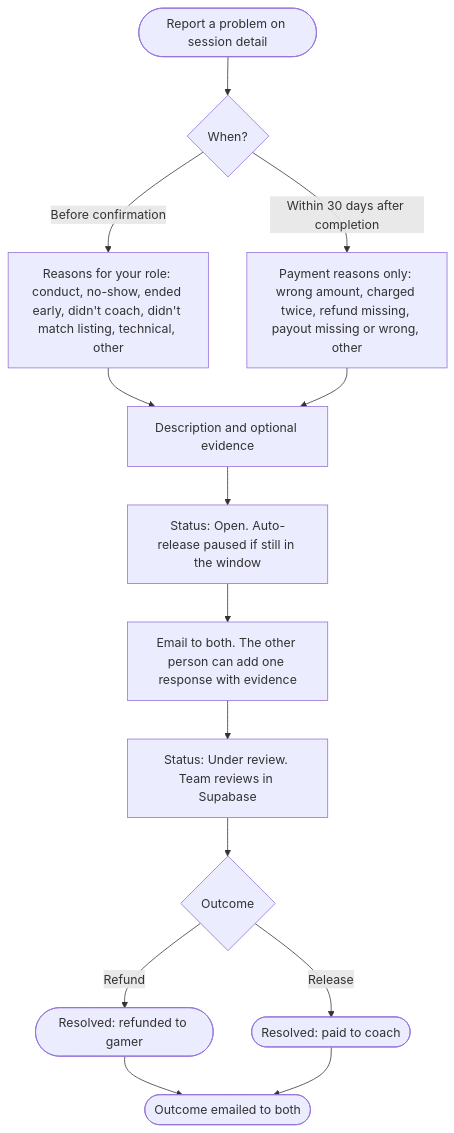
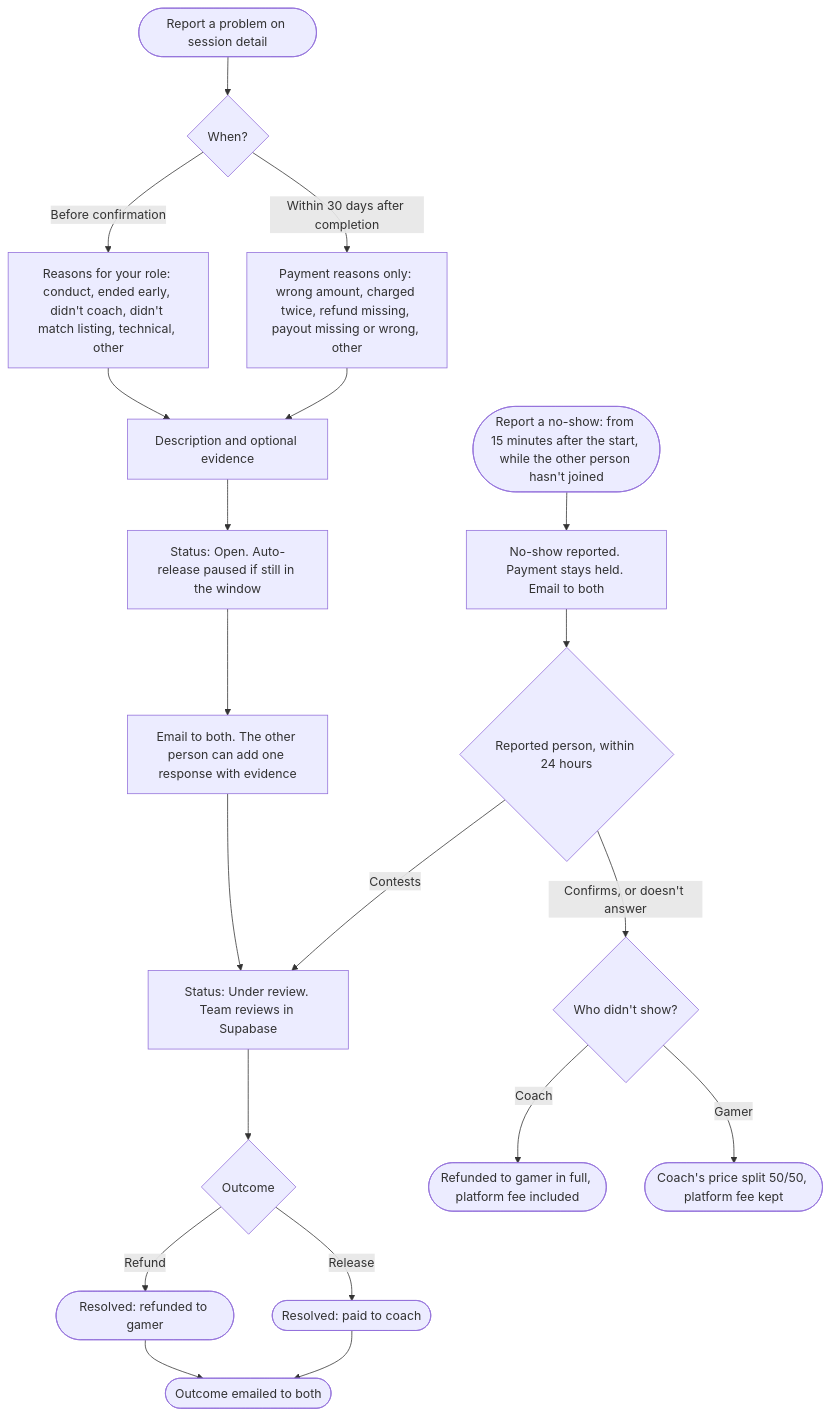
One commit to ILoveWaterSm/Harbourly-Waitlist-2.0 changed the seventh of 13 diagrams in design/USER-FLOW.md. Above: the diagram before and after it, drawn with Mermaid. The commit also changed other lines of this file and 3 other files, not shown here.

First line of the commit message:
Record the 23 Oct policy update: New Coach without a Verified badge, 6% fee and 12% commission, 1-hour cancellation with 50/50 split, no-show reports, price floor

````diff
--- a/design/USER-FLOW.md
+++ b/design/USER-FLOW.md
@@ -209,16 +209,23 @@
 ```mermaid
 flowchart TD
   Start(["Report a problem on session detail"]) --> When{"When?"}
-  When -->|"Before confirmation"| WindowReasons["Reasons for your role: conduct, no-show, ended early, didn't coach, didn't match listing, technical, other"]
+  When -->|"Before confirmation"| WindowReasons["Reasons for your role: conduct, ended early, didn't coach, didn't match listing, technical, other"]
   When -->|"Within 30 days after completion"| PayReasons["Payment reasons only: wrong amount, charged twice, refund missing, payout missing or wrong, other"]
   WindowReasons --> Form
   PayReasons --> Form["Description and optional evidence"]
   Form --> Open["Status: Open. Auto-release paused if still in the window"]
   Open --> Notify["Email to both. The other person can add one response with evidence"]
   Notify --> Review["Status: Under review. Team reviews in Supabase"]
   Review --> Outcome{"Outcome"}
   Outcome -->|"Refund"| Refunded(["Resolved: refunded to gamer"])
   Outcome -->|"Release"| Paid(["Resolved: paid to coach"])
   Refunded --> Email(["Outcome emailed to both"])
   Paid --> Email
+
+  NoShow(["Report a no-show: from 15 minutes after the start, while the other person hasn't joined"]) --> NSOpen["No-show reported. Payment stays held. Email to both"]
+  NSOpen --> NSAnswer{"Reported person, within 24 hours"}
+  NSAnswer -->|"Confirms, or doesn't answer"| NSWho{"Who didn't show?"}
+  NSWho -->|"Coach"| NSRefund(["Refunded to gamer in full, platform fee included"])
+  NSWho -->|"Gamer"| NSSplit(["Coach's price split 50/50, platform fee kept"])
+  NSAnswer -->|"Contests"| Review
 ```
````
